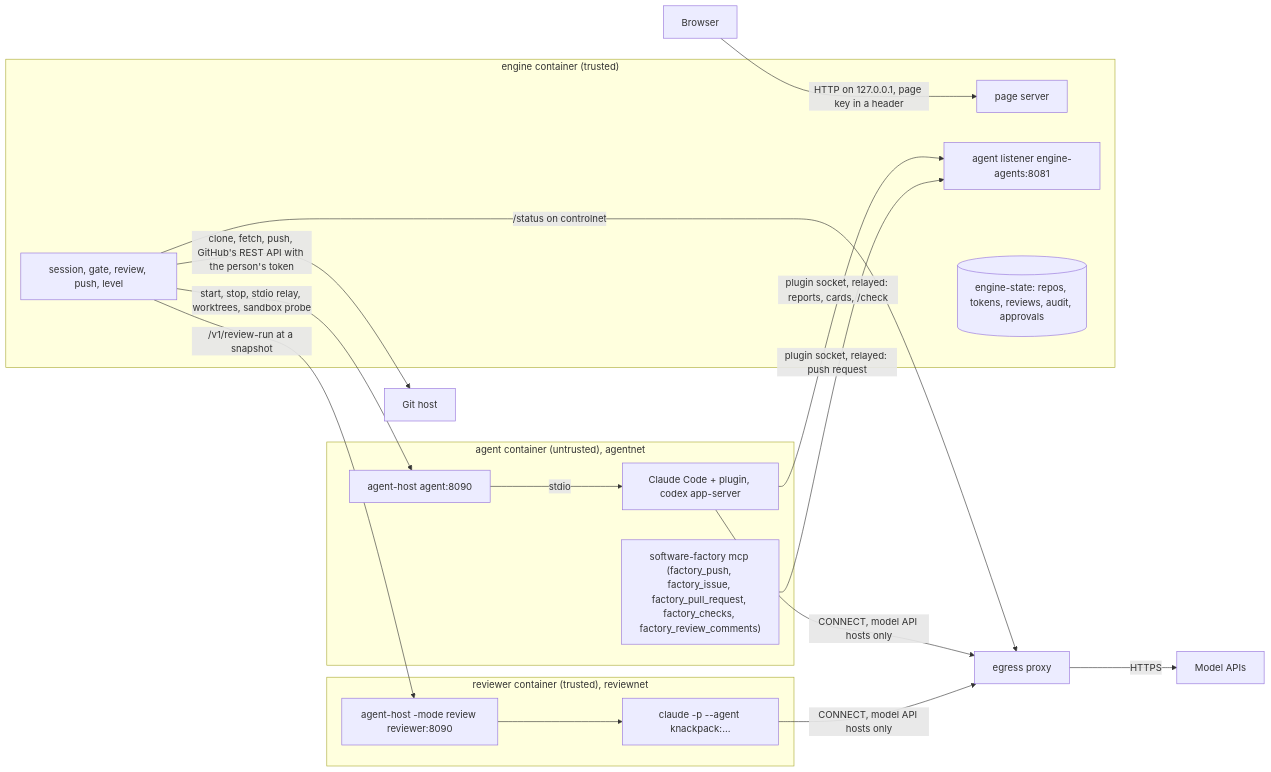
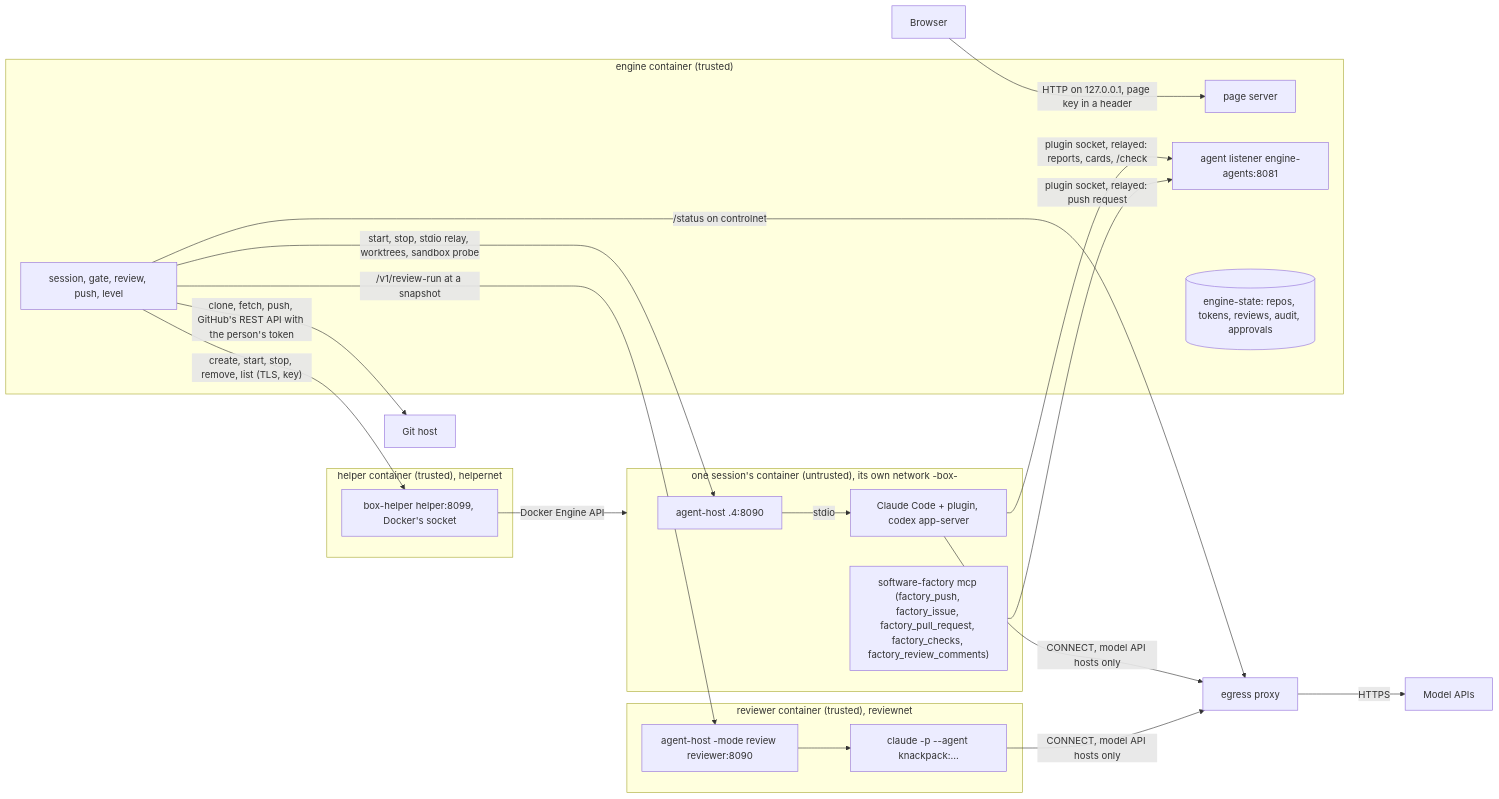
One commit to bezmoradi/software-factory changed the first of 2 diagrams in ARCHITECTURE.md. Above: the diagram before and after it, drawn with Mermaid. The commit also changed other lines of this file and 29 other files, not shown here.

````diff
--- a/ARCHITECTURE.md
+++ b/ARCHITECTURE.md
@@ -13,31 +14,36 @@
 ```mermaid
 flowchart LR
   browser["Browser"] -- "HTTP on 127.0.0.1, page key in a header" --> page
   subgraph engineC["engine container (trusted)"]
     page["page server"]
     core["session, gate, review, push, level"]
     alisten["agent listener engine-agents:8081"]
     state[("engine-state: repos, tokens, reviews, audit, approvals")]
   end
-  subgraph agentC["agent container (untrusted), agentnet"]
-    host["agent-host agent:8090"]
+  subgraph helperC["helper container (trusted), helpernet"]
+    helper["box-helper helper:8099, Docker's socket"]
+  end
+  subgraph agentC["one session's container (untrusted), its own network <project>-box-<box>"]
+    host["agent-host .4:8090"]
     agents["Claude Code + plugin, codex app-server"]
     mcp["software-factory mcp (factory_push, factory_issue, factory_pull_request, factory_checks, factory_review_comments)"]
   end
   subgraph reviewC["reviewer container (trusted), reviewnet"]
     rhost["agent-host -mode review reviewer:8090"]
     reviewers["claude -p --agent knackpack:…"]
   end
   egress["egress proxy"]
+  core -- "create, start, stop, remove, list (TLS, key)" --> helper
+  helper -- "Docker Engine API" --> agentC
   core -- "start, stop, stdio relay, worktrees, sandbox probe" --> host
   host -- "stdio" --> agents
   agents -- "plugin socket, relayed: reports, cards, /check" --> alisten
   mcp -- "plugin socket, relayed: push request" --> alisten
   core -- "/v1/review-run at a snapshot" --> rhost
   rhost --> reviewers
   agents -- "CONNECT, model API hosts only" --> egress
   reviewers -- "CONNECT, model API hosts only" --> egress
   egress -- "HTTPS" --> apis["Model APIs"]
   core -- "clone, fetch, push, GitHub's REST API with the person's token" --> githost["Git host"]
   core -- "/status on controlnet" --> egress
 ```
````
